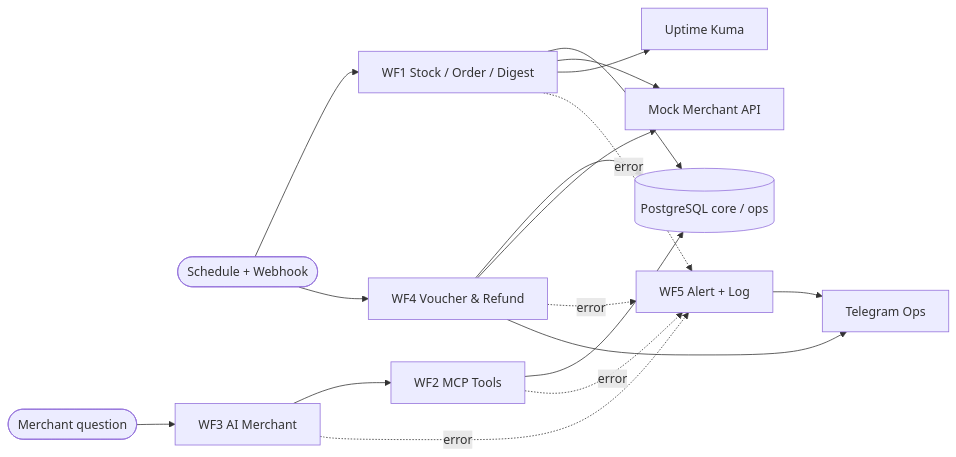
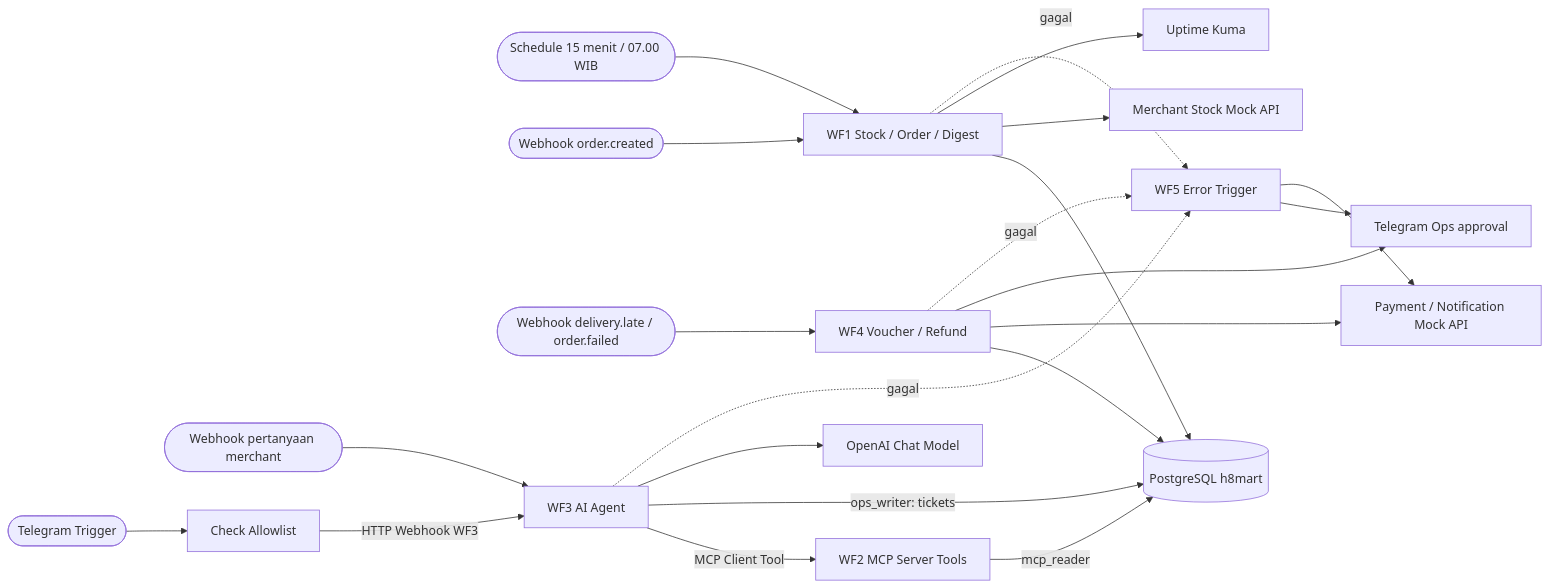
The diagram in docs/05-readme-solusi.md (SyifaMutaalia/h8mart-ops), drawn with Mermaid before and after one commit. The commit also changed other lines of this file and 26 other files, not shown here.

````diff
--- a/docs/05-readme-solusi.md
+++ b/docs/05-readme-solusi.md
@@ -11,13 +13,24 @@
 ```mermaid
 flowchart LR
-    S([Schedule + Webhook]) --> WF1[WF1 Stock / Order / Digest]
-    S --> WF4[WF4 Voucher & Refund]
-    M([Merchant question]) --> WF3[WF3 AI Merchant]
-    WF3 --> WF2[WF2 MCP Tools]
-    WF1 & WF2 & WF4 --> DB[(PostgreSQL core / ops)]
-    WF1 --> API[Mock Merchant API]
-    WF4 --> API
-    WF1 --> K[Uptime Kuma]
-    WF1 & WF2 & WF3 & WF4 -. error .-> WF5[WF5 Alert + Log]
-    WF4 & WF5 --> TG[Telegram Ops]
+    TR([Schedule 15 menit / 07.00 WIB]) --> WF1[WF1 Stock / Order / Digest]
+    HO([Webhook order.created]) --> WF1
+    ME([Webhook delivery.late / order.failed]) --> WF4[WF4 Voucher / Refund]
+    MQ([Webhook pertanyaan merchant]) --> WF3[WF3 AI Agent]
+    TT([Telegram Trigger]) --> AL[Check Allowlist]
+    AL -->|HTTP Webhook WF3| WF3
+    WF3 -->|MCP Client Tool| WF2[WF2 MCP Server Tools]
+    WF2 -->|mcp_reader| DB[(PostgreSQL h8mart)]
+    WF1 --> DB
+    WF3 -->|ops_writer: tickets| DB
+    WF4 --> DB
+    WF1 --> API[Merchant Stock Mock API]
+    WF4 --> API2[Payment / Notification Mock API]
+    WF3 --> OAI[OpenAI Chat Model]
+    WF1 --> KU[Uptime Kuma]
+    WF4 --> TG[Telegram Ops approval]
+    WF1 -. gagal .-> WF5[WF5 Error Trigger]
+    WF3 -. gagal .-> WF5
+    WF4 -. gagal .-> WF5
+    WF5 --> TG
+    WF5 --> API2
 ```
````
